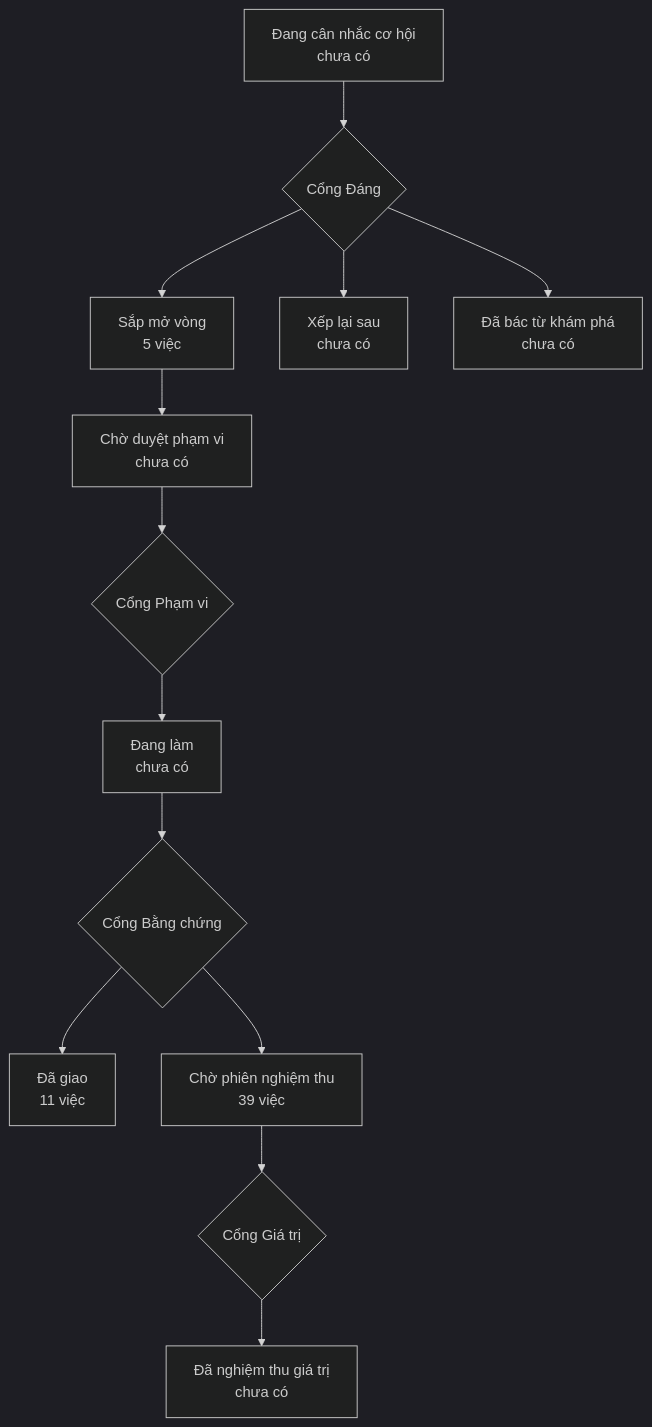
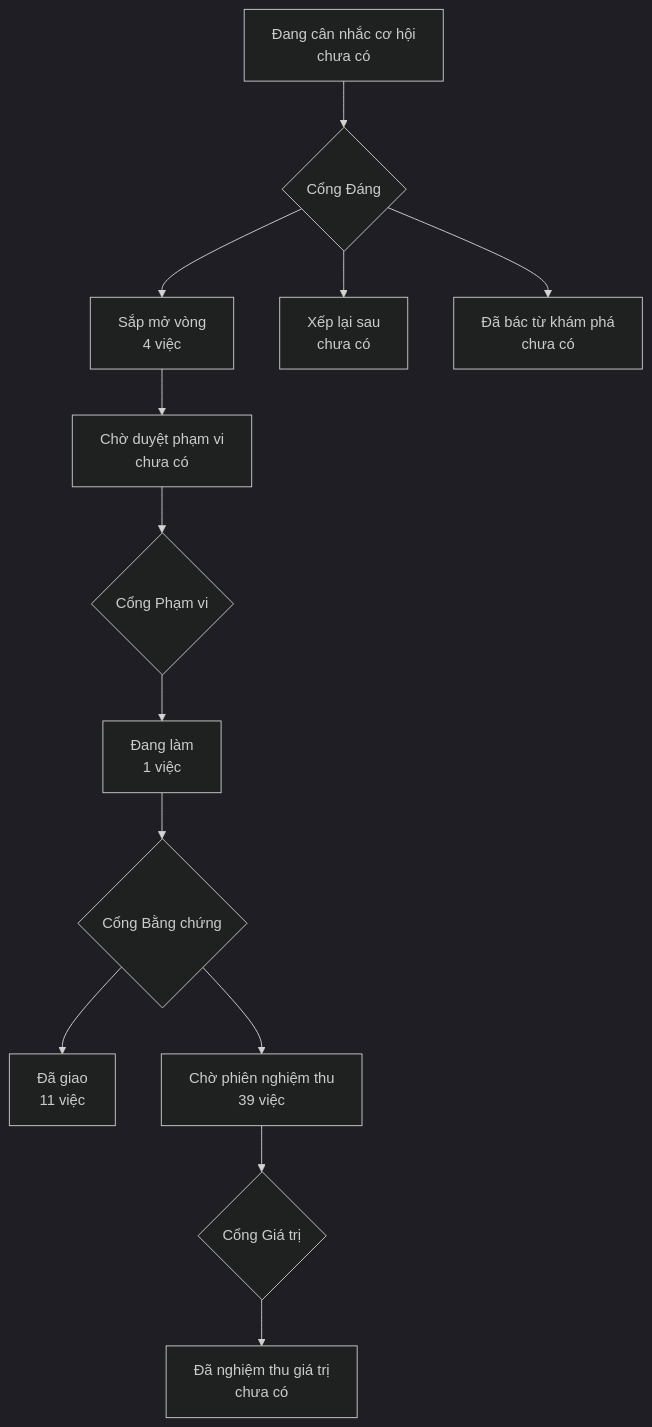
The diagram in PRODUCT-MAP.md (phanlemanh/onehub-quy-hang), drawn with Mermaid (dark theme) before and after one commit. The commit also changed other lines of this file and 3 other files, not shown here.

````diff
--- a/PRODUCT-MAP.md
+++ b/PRODUCT-MAP.md
@@ -7,12 +7,12 @@
 ```mermaid
 flowchart TD
   A["Đang cân nhắc cơ hội<br/>chưa có"] --> GD{"Cổng Đáng"}
-  GD --> B["Sắp mở vòng<br/>5 việc"]
+  GD --> B["Sắp mở vòng<br/>4 việc"]
   GD --> XL["Xếp lại sau<br/>chưa có"]
   GD --> DB["Đã bác từ khám phá<br/>chưa có"]
   B --> CD["Chờ duyệt phạm vi<br/>chưa có"] --> GP{"Cổng Phạm vi"}
-  GP --> DL["Đang làm<br/>chưa có"] --> GB{"Cổng Bằng chứng"}
+  GP --> DL["Đang làm<br/>1 việc"] --> GB{"Cổng Bằng chứng"}
   GB --> DG["Đã giao<br/>11 việc"]
   GB --> CN["Chờ phiên nghiệm thu<br/>39 việc"] --> GG{"Cổng Giá trị"}
   GG --> NT["Đã nghiệm thu giá trị<br/>chưa có"]
 ```
````
